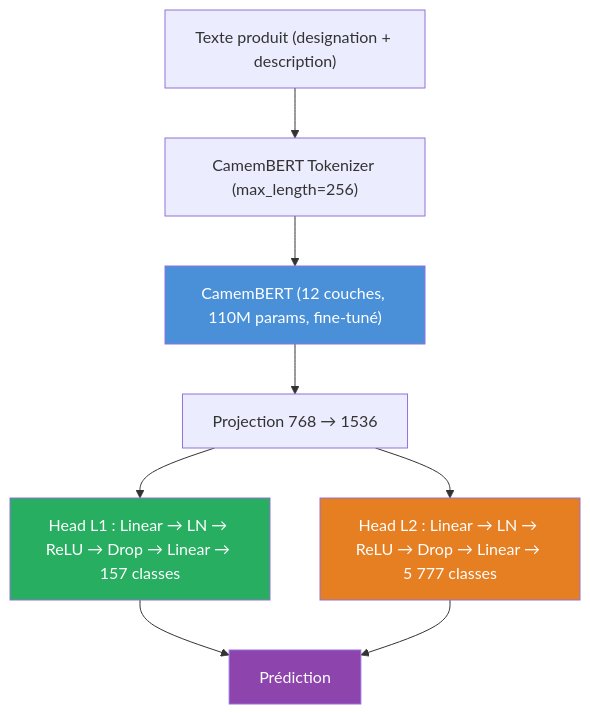
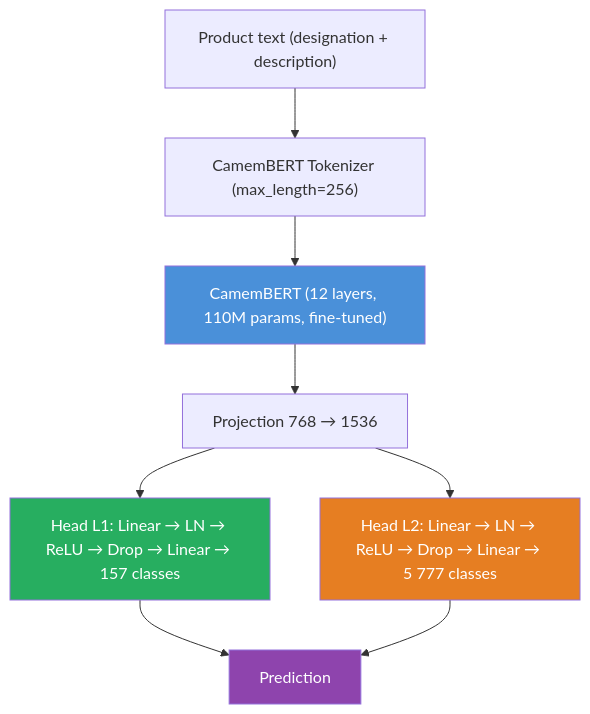
The diagram in README.md (inptensib/projet-fil-rouge), drawn with Mermaid before and after one commit. The commit also changed other lines of this file and 7 other files, not shown here.

````diff
--- a/README.md
+++ b/README.md
@@ -61,19 +61,19 @@
 ```mermaid
 graph TD
-    A["Texte produit (designation + description)"] --> B
+    A["Product text (designation + description)"] --> B
     B["CamemBERT Tokenizer (max_length=256)"] --> C
-    C["CamemBERT (12 couches, 110M params, fine-tuné)"] --> D
+    C["CamemBERT (12 layers, 110M params, fine-tuned)"] --> D
     D["Projection 768 → 1536"] --> E1
     D --> E2
 
-    E1["Head L1 : Linear → LN → ReLU → Drop → Linear → 157 classes"]
-    E2["Head L2 : Linear → LN → ReLU → Drop → Linear → 5 777 classes"]
+    E1["Head L1: Linear → LN → ReLU → Drop → Linear → 157 classes"]
+    E2["Head L2: Linear → LN → ReLU → Drop → Linear → 5 777 classes"]
 
-    E1 --> F["Prédiction"]
+    E1 --> F["Prediction"]
     E2 --> F
 
     style C fill:#4A90D9,color:white
     style E1 fill:#27AE60,color:white
     style E2 fill:#E67E22,color:white
     style F fill:#8E44AD,color:white
 ```
````
